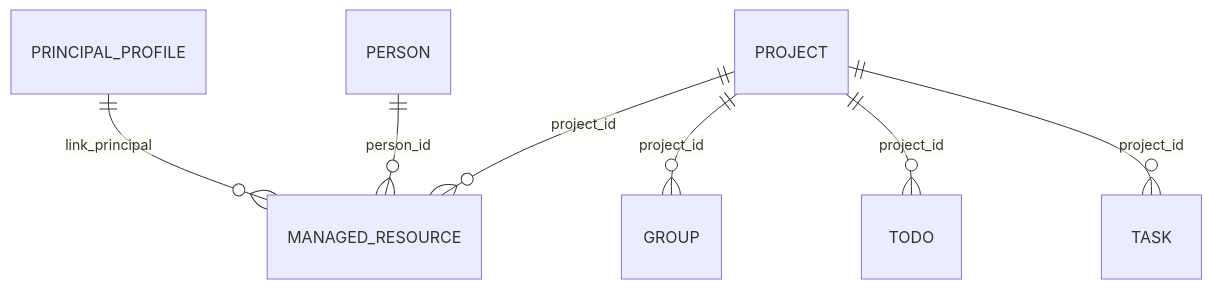
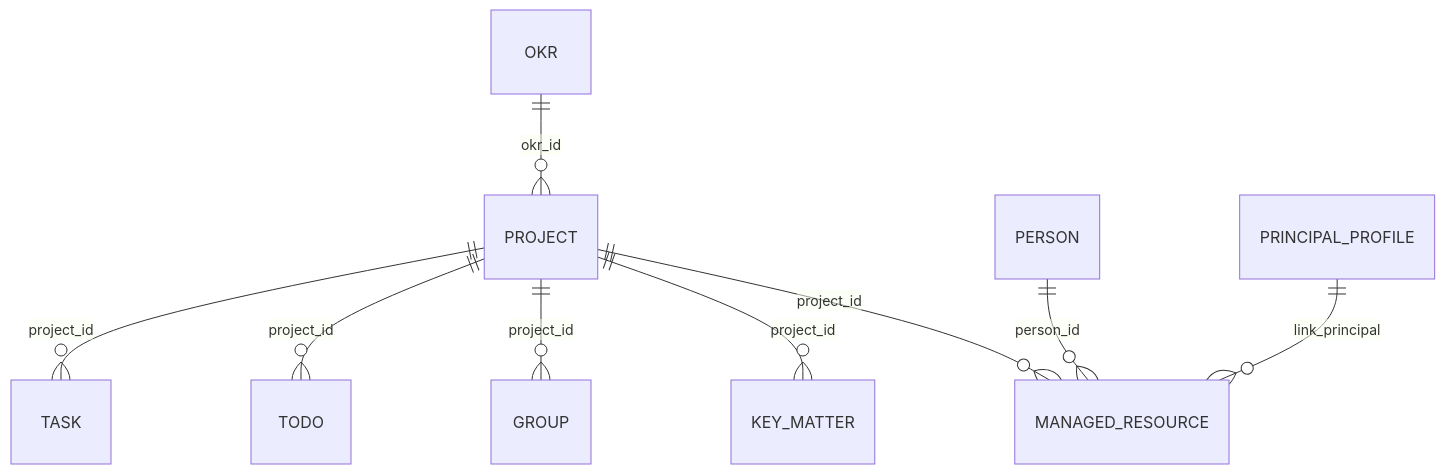
Before and after one commit to mjscjj/jarvis: the diagram in docs/modules/01-background.md, drawn with Mermaid. The commit also changed other lines of this file and 49 other files, not shown here.

````diff
--- a/docs/modules/01-background.md
+++ b/docs/modules/01-background.md
@@ -21,9 +21,11 @@
 ```mermaid
 erDiagram
+    OKR ||--o{ PROJECT : "okr_id"
+    PROJECT ||--o{ KEY_MATTER : "project_id"
     PROJECT ||--o{ GROUP : "project_id"
     PROJECT ||--o{ MANAGED_RESOURCE : "project_id"
     PERSON ||--o{ MANAGED_RESOURCE : "person_id"
     PRINCIPAL_PROFILE ||--o{ MANAGED_RESOURCE : "link_principal"
     PROJECT ||--o{ TODO : "project_id"
     PROJECT ||--o{ TASK : "project_id"
 ```
````
